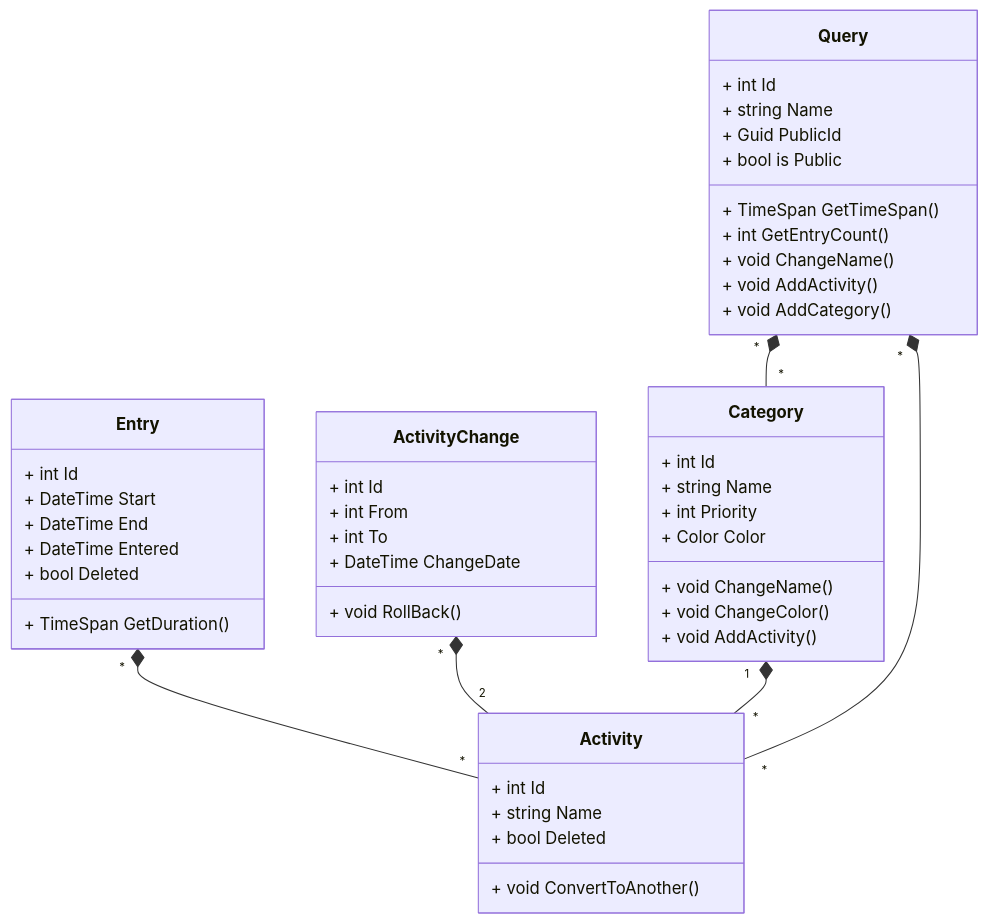
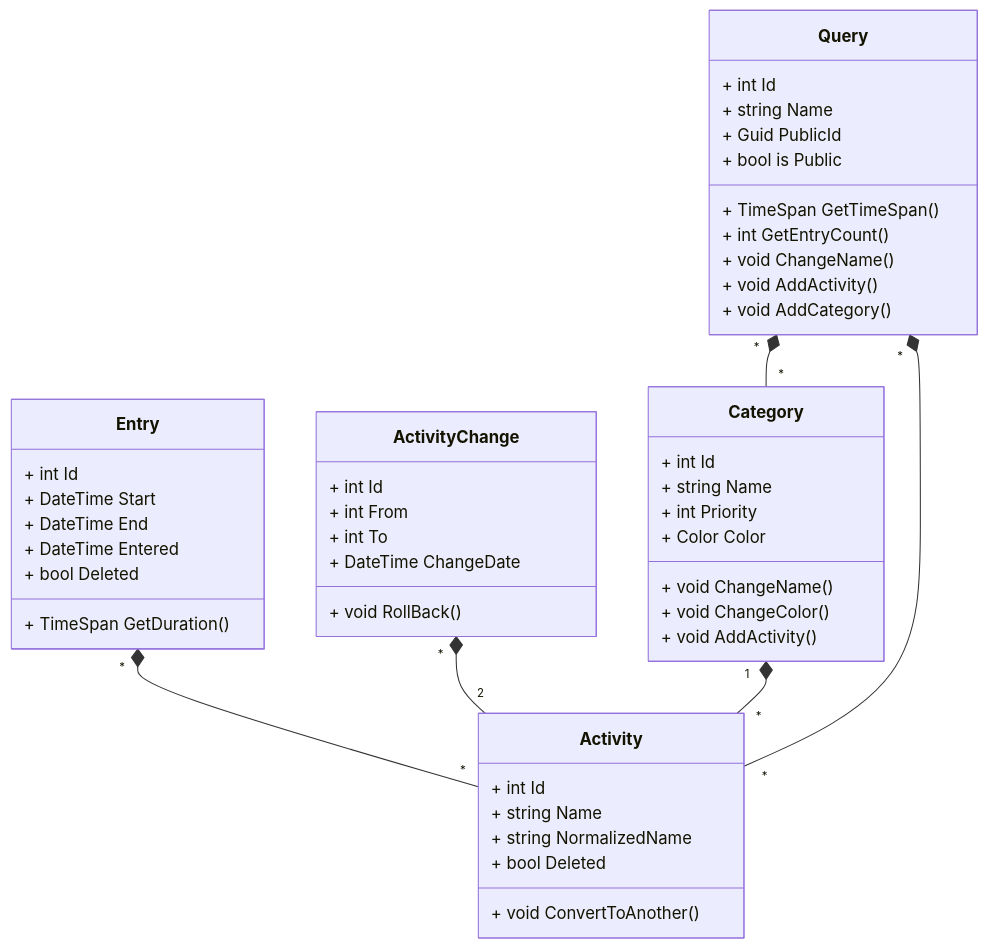
One commit to theodor349/WeeklyReview changed the first of 6 diagrams in Documentation/Design Analysis/Problem Domain Analysis.md. Above: the diagram before and after it, drawn with Mermaid.

Commit message:
Update Problem Domain Analysis.md

````diff
--- a/Documentation/Design Analysis/Problem Domain Analysis.md
+++ b/Documentation/Design Analysis/Problem Domain Analysis.md
@@ -110,50 +110,51 @@
 ```mermaid
 classDiagram
   Entry "*" *-- "*" Activity 
   ActivityChange "*" *-- "2" Activity 
   Category "1" *-- "*" Activity
   Query "*" *-- "*" Activity
   Query "*" *-- "*" Category
 
   class Entry {
     + int Id
     + DateTime Start
     + DateTime End
     + DateTime Entered
     + bool Deleted
     + TimeSpan GetDuration()
   }
   class Activity {
     + int Id
     + string Name
+    + string NormalizedName
     + bool Deleted
     + void ConvertToAnother()
   }
   class ActivityChange{
     + int Id
     + int From
     + int To
     + DateTime ChangeDate
     + void RollBack()
   }
   class Category {
     + int Id
     + string Name
     + int Priority
     + Color Color
     + void ChangeName()
     + void ChangeColor()
     + void AddActivity()
   }
   class Query {
     + int Id
     + string Name
     + Guid PublicId
     + bool is Public
     + TimeSpan GetTimeSpan()
     + int GetEntryCount()
     + void ChangeName()
     + void AddActivity()
     + void AddCategory()
   }
 ```
````
